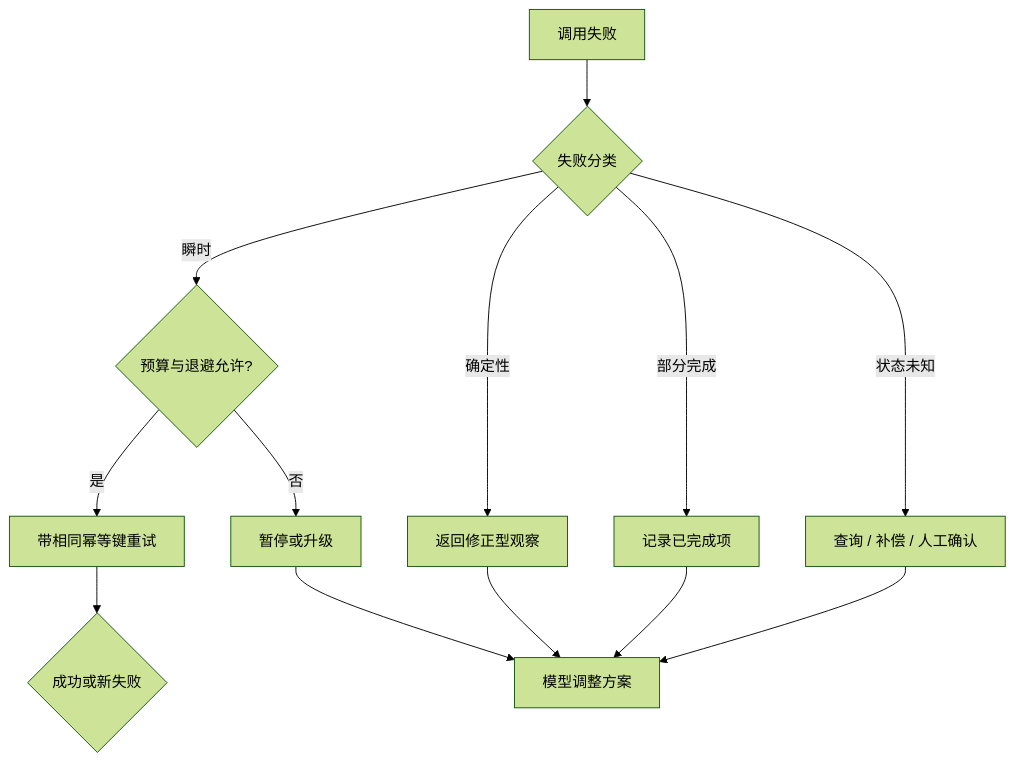
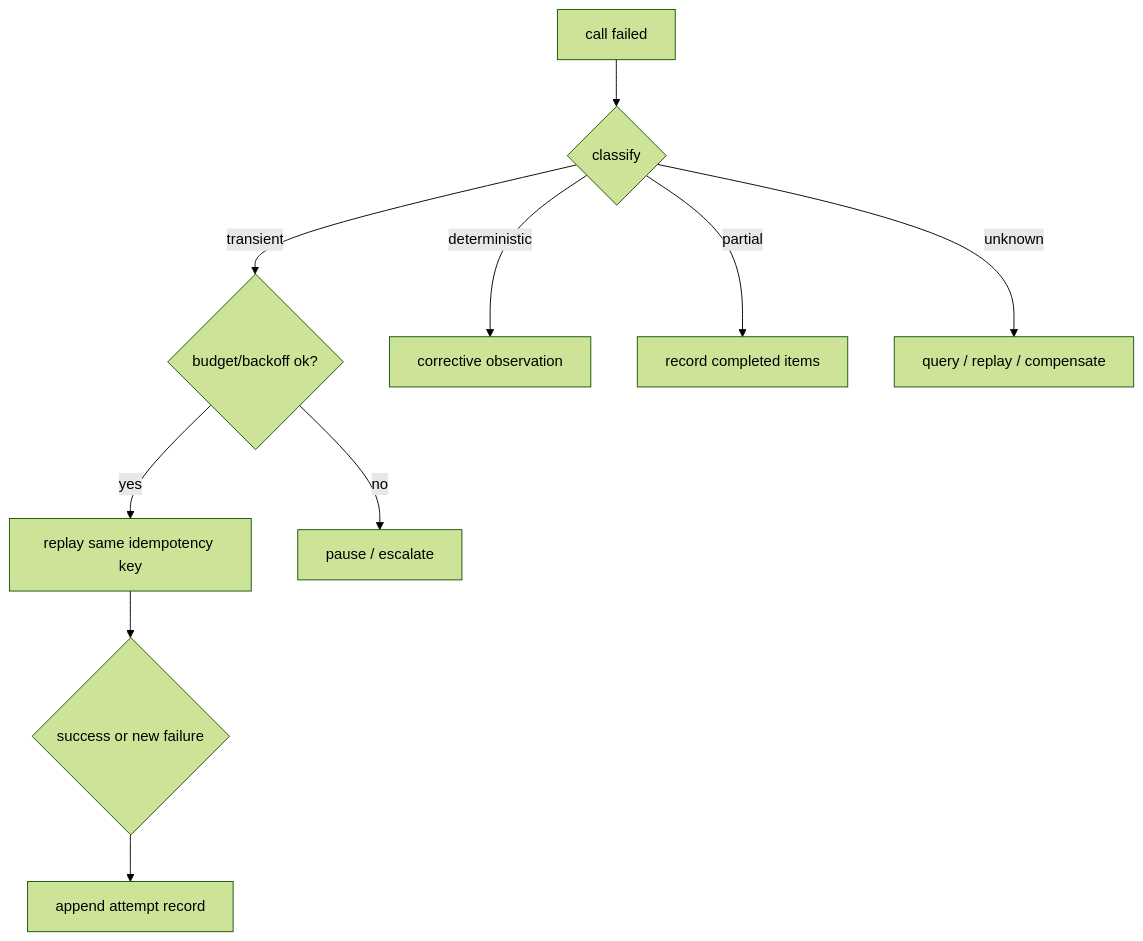
One commit to xiaoslin9153/awesome-agent-harness-tutorial changed the first of 2 diagrams in tutorial/zh-CN/02-harness-mechanics/retry-idempotency.md. Above: the diagram before and after it, drawn with Mermaid (forest theme). The commit also changed other lines of this file and 3 other files, not shown here.

````diff
--- a/tutorial/zh-CN/02-harness-mechanics/retry-idempotency.md
+++ b/tutorial/zh-CN/02-harness-mechanics/retry-idempotency.md
@@ -34,15 +61,12 @@
 ```mermaid
 flowchart TD
-  A[调用失败] --> B{失败分类}
-  B -- 瞬时 --> C{预算与退避允许?}
-  C -- 是 --> D[带相同幂等键重试]
-  C -- 否 --> E[暂停或升级]
-  B -- 确定性 --> F[返回修正型观察]
-  B -- 部分完成 --> G[记录已完成项]
-  B -- 状态未知 --> H[查询 / 补偿 / 人工确认]
-  D --> I{成功或新失败}
-  F --> J[模型调整方案]
-  G --> J
-  H --> J
-  E --> J
+  A[call failed] --> B{classify}
+  B -- transient --> C{budget/backoff ok?}
+  C -- yes --> D[replay same idempotency key]
+  C -- no --> E[pause / escalate]
+  B -- deterministic --> F[corrective observation]
+  B -- partial --> G[record completed items]
+  B -- unknown --> H[query / replay / compensate]
+  D --> I{success or new failure}
+  I --> J[append attempt record]
 ```
````
